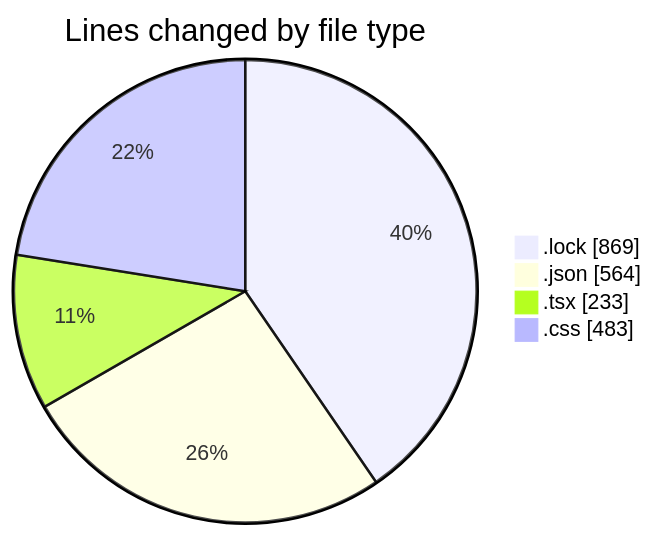
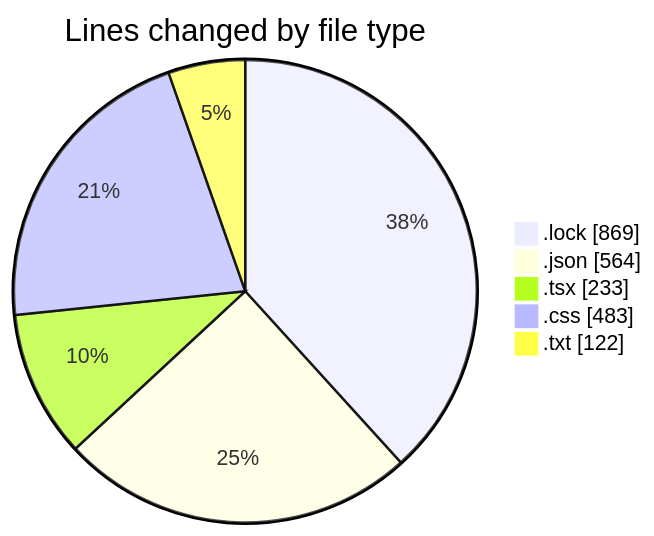
One commit to EIIisD/code-tracking changed the first of 2 diagrams in 2025-07-27/vtuber/README.md. Above: the diagram before and after it, drawn with Mermaid. The commit also changed other lines of this file and 1 other file, not shown here.

````diff
--- a/2025-07-27/vtuber/README.md
+++ b/2025-07-27/vtuber/README.md
@@ -26,8 +27,9 @@
 ```mermaid
 pie showData
 title Lines changed by file type
 ".lock" : 869
 ".json" : 564
 ".tsx" : 233
 ".css" : 483
+".txt" : 122
 ```
````
